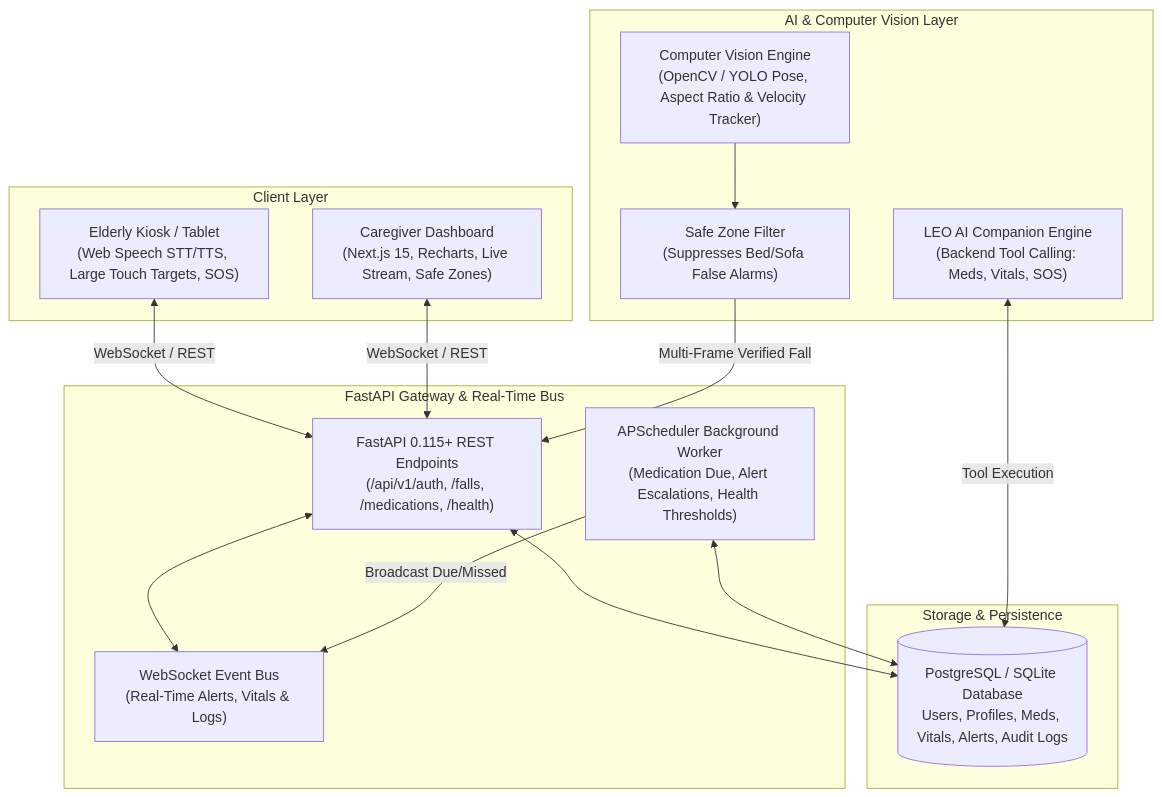
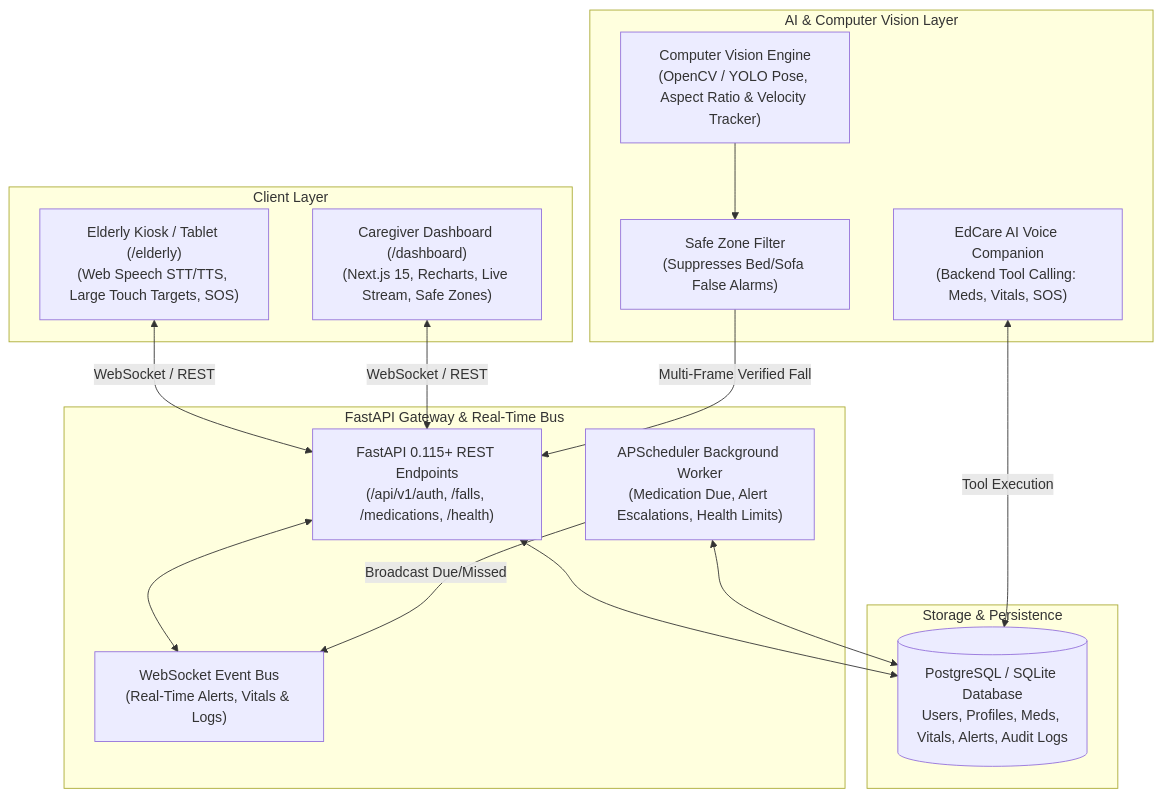
The diagram in README.md (yawarabbassss/EdCare), drawn with Mermaid before and after one commit. The commit also changed other lines of this file and 14 other files, not shown here.

````diff
--- a/README.md
+++ b/README.md
@@ -14,33 +22,33 @@
 ```mermaid
 flowchart TD
     subgraph Client_Layer ["Client Layer"]
-        Elderly_Kiosk["Elderly Kiosk / Tablet\n(Web Speech STT/TTS, Large Touch Targets, SOS)"]
-        Caregiver_Dashboard["Caregiver Dashboard\n(Next.js 15, Recharts, Live Stream, Safe Zones)"]
+        Elderly_Kiosk["Elderly Kiosk / Tablet (/elderly)\n(Web Speech STT/TTS, Large Touch Targets, SOS)"]
+        Caregiver_Dashboard["Caregiver Dashboard (/dashboard)\n(Next.js 15, Recharts, Live Stream, Safe Zones)"]
     end
 
     subgraph API_Gateway ["FastAPI Gateway & Real-Time Bus"]
         FastAPI["FastAPI 0.115+ REST Endpoints\n(/api/v1/auth, /falls, /medications, /health)"]
         WS_Manager["WebSocket Event Bus\n(Real-Time Alerts, Vitals & Logs)"]
-        Scheduler["APScheduler Background Worker\n(Medication Due, Alert Escalations, Health Thresholds)"]
+        Scheduler["APScheduler Background Worker\n(Medication Due, Alert Escalations, Health Limits)"]
     end
 
     subgraph Intelligence_Layer ["AI & Computer Vision Layer"]
         Vision_Service["Computer Vision Engine\n(OpenCV / YOLO Pose, Aspect Ratio & Velocity Tracker)"]
         Safe_Zone_Filter["Safe Zone Filter\n(Suppresses Bed/Sofa False Alarms)"]
-        AI_Companion["LEO AI Companion Engine\n(Backend Tool Calling: Meds, Vitals, SOS)"]
+        AI_Companion["EdCare AI Voice Companion\n(Backend Tool Calling: Meds, Vitals, SOS)"]
     end
 
     subgraph Data_Layer ["Storage & Persistence"]
         DB[(PostgreSQL / SQLite Database\nUsers, Profiles, Meds, Vitals, Alerts, Audit Logs)]
     end
 
     Elderly_Kiosk <-->|WebSocket / REST| FastAPI
     Caregiver_Dashboard <-->|WebSocket / REST| FastAPI
     FastAPI <--> WS_Manager
     FastAPI <--> DB
     Scheduler <--> DB
     Scheduler -->|Broadcast Due/Missed| WS_Manager
     Vision_Service --> Safe_Zone_Filter
     Safe_Zone_Filter -->|Multi-Frame Verified Fall| FastAPI
     AI_Companion <-->|Tool Execution| DB
 ```
````
